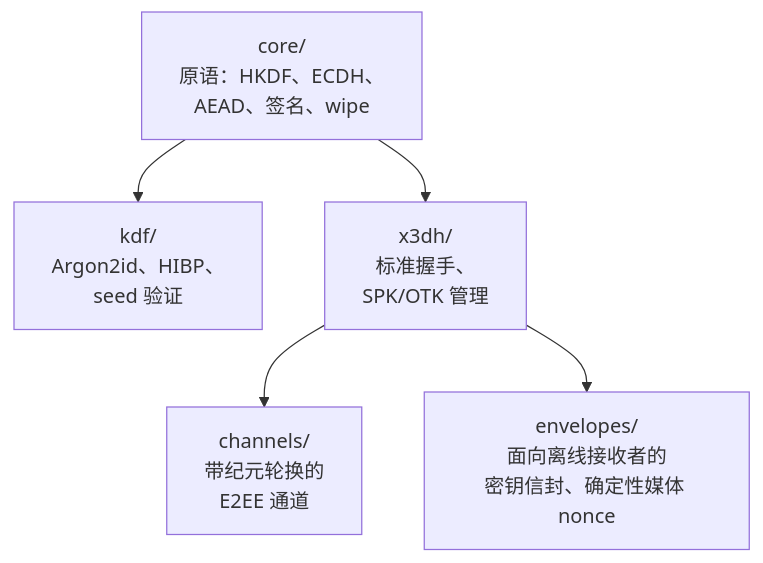
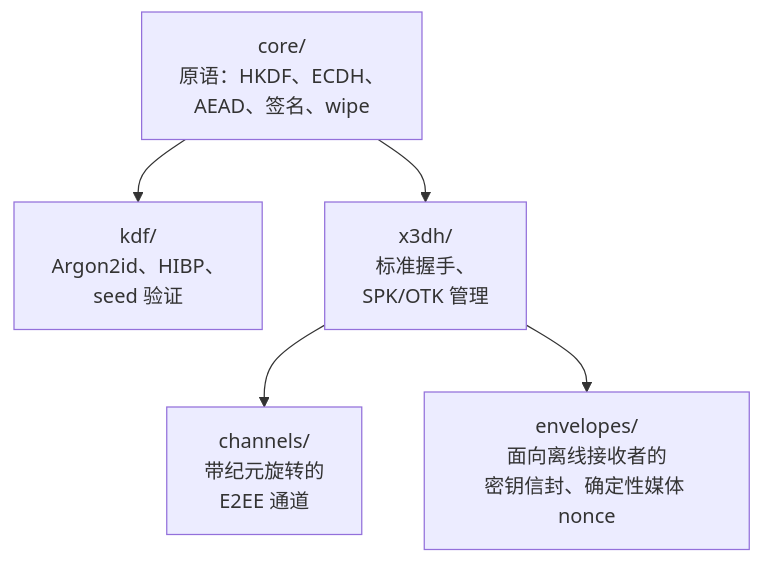
The diagram in src/content/blog/zh/me2em-crypto-guide.md (me2em-org/me2em-website), drawn with Mermaid before and after one commit. The commit also changed other lines of this file and 10 other files, not shown here.

````diff
--- a/src/content/blog/zh/me2em-crypto-guide.md
+++ b/src/content/blog/zh/me2em-crypto-guide.md
@@ -23,7 +23,7 @@
 ```mermaid
 flowchart TD
     CORE["core/<br/>原语：HKDF、ECDH、<br/>AEAD、签名、wipe"] --> KDF["kdf/<br/>Argon2id、HIBP、<br/>seed 验证"]
     CORE --> X3DH["x3dh/<br/>标准握手、<br/>SPK/OTK 管理"]
-    X3DH --> CH["channels/<br/>带纪元轮换的<br/>E2EE 通道"]
+    X3DH --> CH["channels/<br/>带纪元旋转的<br/>E2EE 通道"]
     X3DH --> ENV["envelopes/<br/>面向离线接收者的<br/>密钥信封、确定性媒体 nonce"]
 ```
````
